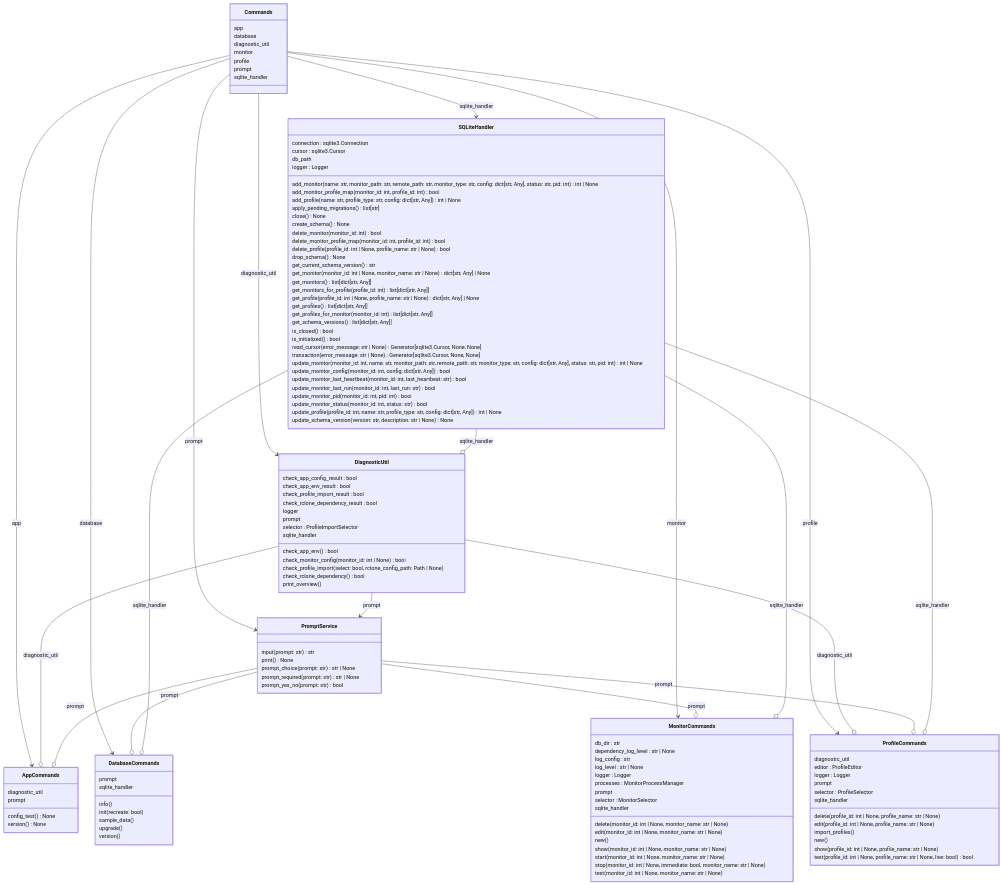
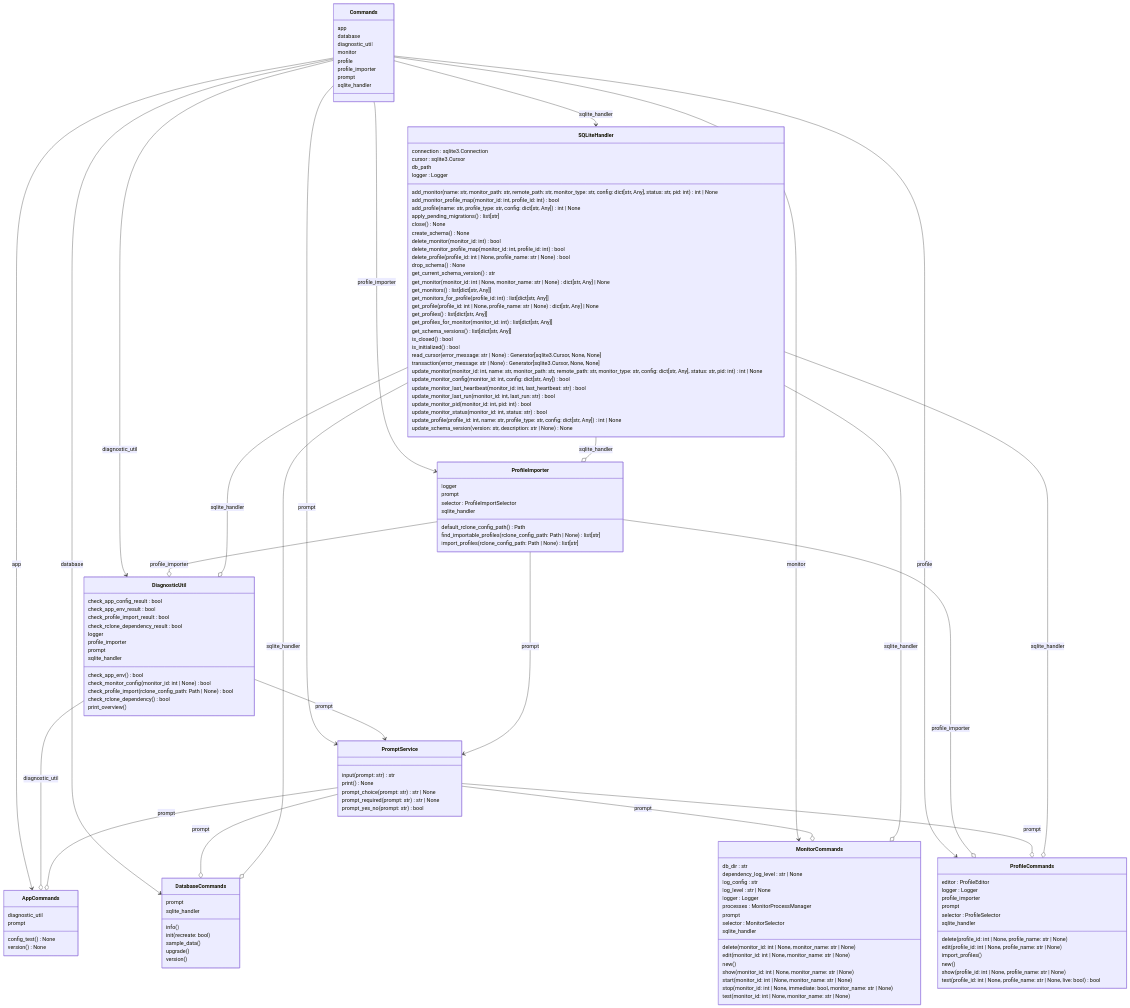
Before and after one commit to Transparent-Systems/monitorhub: the second of 2 diagrams in ARCHITECTURE.md, drawn with Mermaid. The commit also changed 8 other files, not shown here.

First line of the commit message:
Move rclone profile import out of DiagnosticUtil

````diff
--- a/ARCHITECTURE.md
+++ b/ARCHITECTURE.md
@@ -113,6 +113,7 @@
     diagnostic_util
     monitor
     profile
+    profile_importer
     prompt
     sqlite_handler
   }
@@ -131,12 +132,12 @@
     check_profile_import_result : bool
     check_rclone_dependency_result : bool
     logger
+    profile_importer
     prompt
-    selector : ProfileImportSelector
     sqlite_handler
     check_app_env() bool
     check_monitor_config(monitor_id: int | None) bool
-    check_profile_import(select: bool, rclone_config_path: Path | None)
+    check_profile_import(rclone_config_path: Path | None) bool
     check_rclone_dependency() bool
     print_overview()
   }
@@ -159,9 +160,9 @@
     test(monitor_id: int | None, monitor_name: str | None)
   }
   class ProfileCommands {
-    diagnostic_util
     editor : ProfileEditor
     logger : Logger
+    profile_importer
     prompt
     selector : ProfileSelector
     sqlite_handler
@@ -171,6 +172,15 @@
     new()
     show(profile_id: int | None, profile_name: str | None)
     test(profile_id: int | None, profile_name: str | None, live: bool) bool
+  }
+  class ProfileImporter {
+    logger
+    prompt
+    selector : ProfileImportSelector
+    sqlite_handler
+    default_rclone_config_path() Path
+    find_importable_profiles(rclone_config_path: Path | None) list[str]
+    import_profiles(rclone_config_path: Path | None) list[str]
   }
   class PromptService {
     input(prompt: str) str
@@ -220,11 +230,14 @@
   Commands --> DiagnosticUtil : diagnostic_util
   Commands --> MonitorCommands : monitor
   Commands --> ProfileCommands : profile
+  Commands --> ProfileImporter : profile_importer
   Commands --> PromptService : prompt
   DiagnosticUtil --> PromptService : prompt
+  ProfileImporter --> PromptService : prompt
   Commands --> SQLiteHandler : sqlite_handler
   DiagnosticUtil --o AppCommands : diagnostic_util
-  DiagnosticUtil --o ProfileCommands : diagnostic_util
+  ProfileImporter --o DiagnosticUtil : profile_importer
+  ProfileImporter --o ProfileCommands : profile_importer
   PromptService --o AppCommands : prompt
   PromptService --o DatabaseCommands : prompt
   PromptService --o MonitorCommands : prompt
@@ -233,4 +246,5 @@
   SQLiteHandler --o DiagnosticUtil : sqlite_handler
   SQLiteHandler --o MonitorCommands : sqlite_handler
   SQLiteHandler --o ProfileCommands : sqlite_handler
+  SQLiteHandler --o ProfileImporter : sqlite_handler
 ```
````
